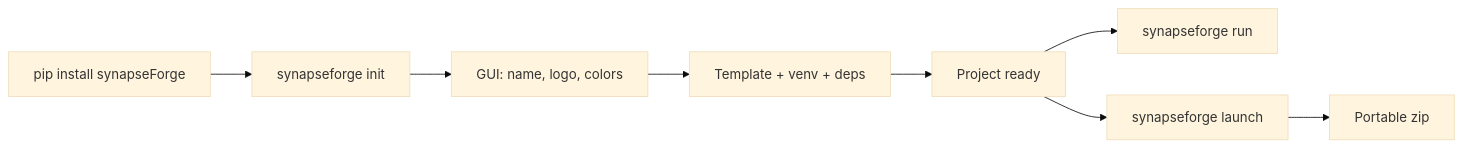
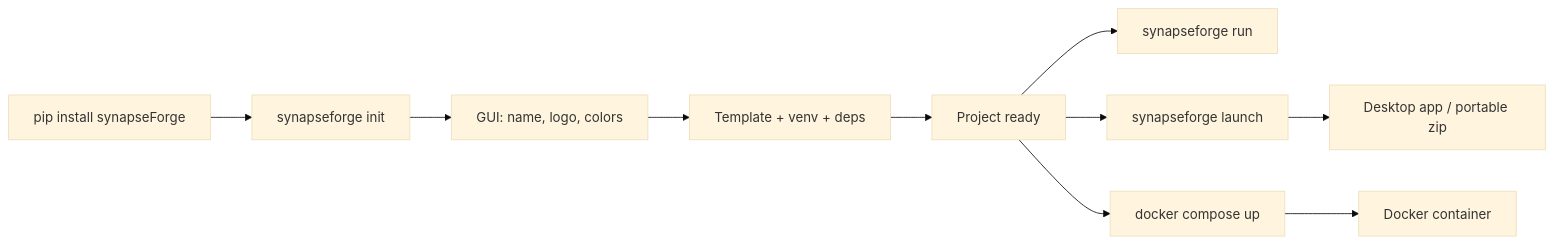
The diagram in README.md (synapse-ai-hub/synapseForge), drawn with Mermaid (base theme) before and after one commit. The commit also changed other lines of this file and 73 other files, not shown here.

````diff
--- a/README.md
+++ b/README.md
@@ -129,10 +130,12 @@
 ```mermaid
 flowchart LR
     A["pip install synapseForge"] --> B["synapseforge init"]
     B --> C["GUI: name, logo, colors"]
     C --> D["Template + venv + deps"]
     D --> E["Project ready"]
     E --> F["synapseforge run"]
     E --> G["synapseforge launch"]
-    G --> H["Portable zip"]
+    E --> I["docker compose up"]
+    G --> H["Desktop app / portable zip"]
+    I --> J["Docker container"]
 ```
````
